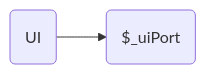
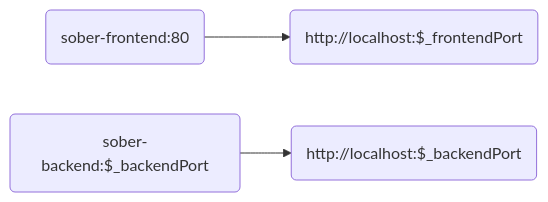
The diagram in docs/README.template.md (chump29/sober), drawn with Mermaid before and after one commit. The commit also changed other lines of this file and 127 other files, not shown here.

````diff
--- a/docs/README.template.md
+++ b/docs/README.template.md
@@ -24,6 +21,9 @@
 ```mermaid
 flowchart LR
-ui@{shape: rounded, label: "UI"}
-uiPort@{shape: rounded, label: "$_uiPort"}
-ui-->uiPort
+frontend@{shape: rounded, label: "sober-frontend:80"}
+frontendPort@{shape: rounded, label: "http://localhost:$_frontendPort"}
+backend@{shape: rounded, label: "sober-backend:$_backendPort"}
+backendPort@{shape: rounded, label: "http://localhost:$_backendPort"}
+frontend-->frontendPort
+backend-->backendPort
 ```
````
